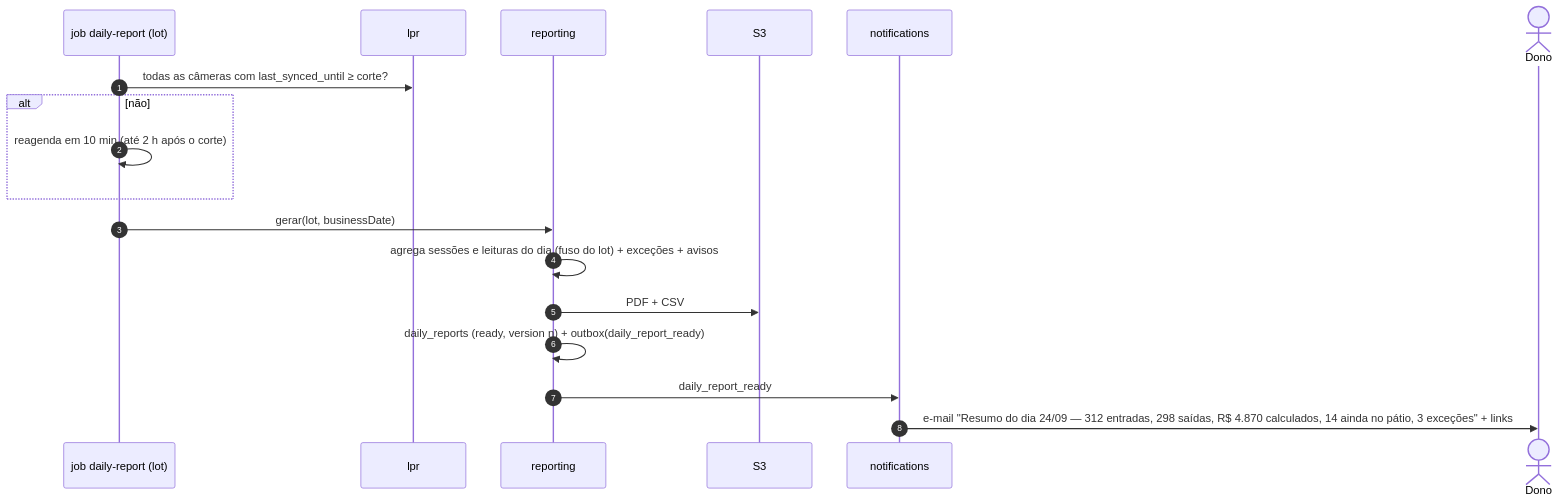
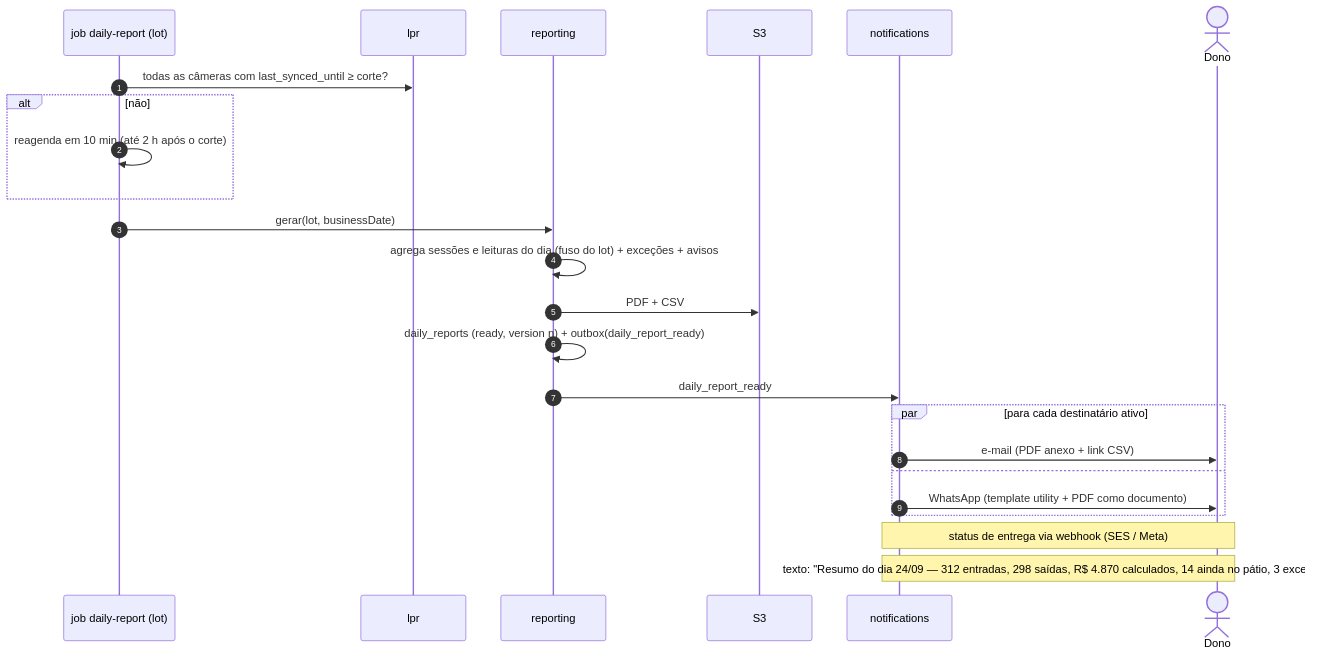
One commit to kuroneko83/neulander_parking changed the seventh of 7 diagrams in docs/architecture/flows.md. Above: the diagram before and after it, drawn with Mermaid. The commit also changed other lines of this file and 11 other files, not shown here.

First line of the commit message:
docs: single-camera LPR setup, WhatsApp delivery and hardware cost estimate

````diff
--- a/docs/architecture/flows.md
+++ b/docs/architecture/flows.md
@@ -184,21 +188,27 @@
 ```mermaid
 sequenceDiagram
   autonumber
   participant J as job daily-report (lot)
   participant L as lpr
   participant R as reporting
   participant S3
   participant N as notifications
   actor D as Dono
 
   J->>L: todas as câmeras com last_synced_until ≥ corte?
   alt não
     J->>J: reagenda em 10 min (até 2 h após o corte)
   end
   J->>R: gerar(lot, businessDate)
   R->>R: agrega sessões e leituras do dia (fuso do lot) + exceções + avisos
   R->>S3: PDF + CSV
   R->>R: daily_reports (ready, version n) + outbox(daily_report_ready)
   R->>N: daily_report_ready
-  N->>D: e-mail "Resumo do dia 24/09 — 312 entradas, 298 saídas, R$ 4.870 calculados, 14 ainda no pátio, 3 exceções" + links
+  par para cada destinatário ativo
+    N->>D: e-mail (PDF anexo + link CSV)
+  and
+    N->>D: WhatsApp (template utility + PDF como documento)
+  end
+  Note over N,D: status de entrega via webhook (SES / Meta)
+  Note over N,D: texto: "Resumo do dia 24/09 — 312 entradas, 298 saídas, R$ 4.870 calculados, 14 ainda no pátio, 3 exceções"
 ```
````
